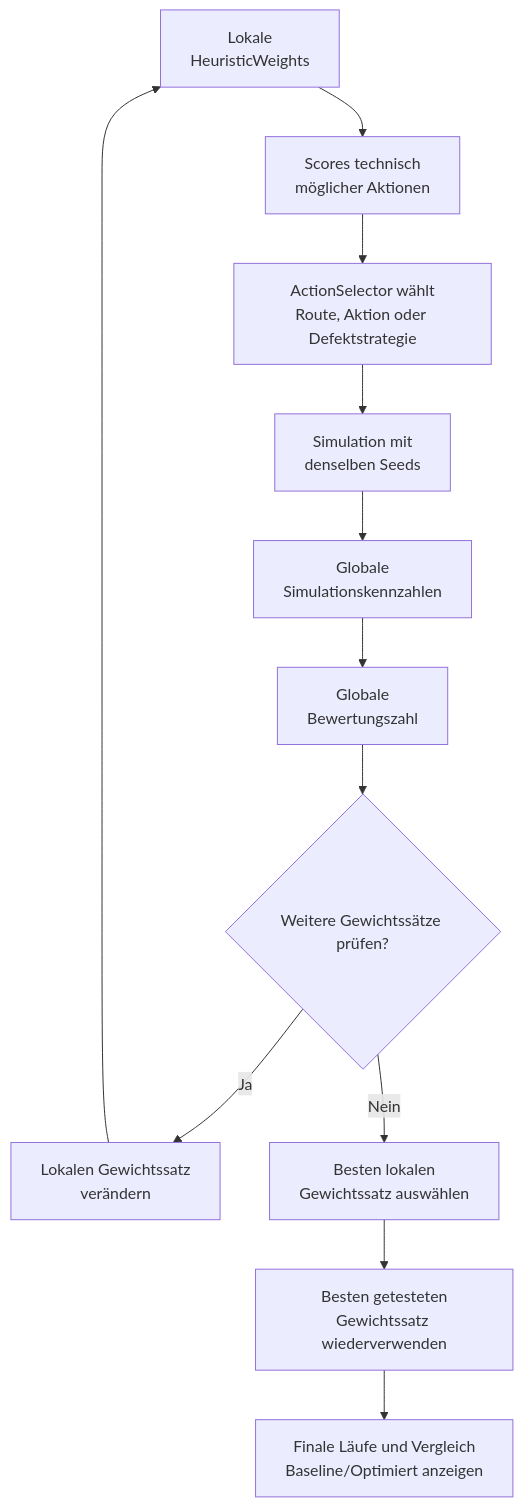
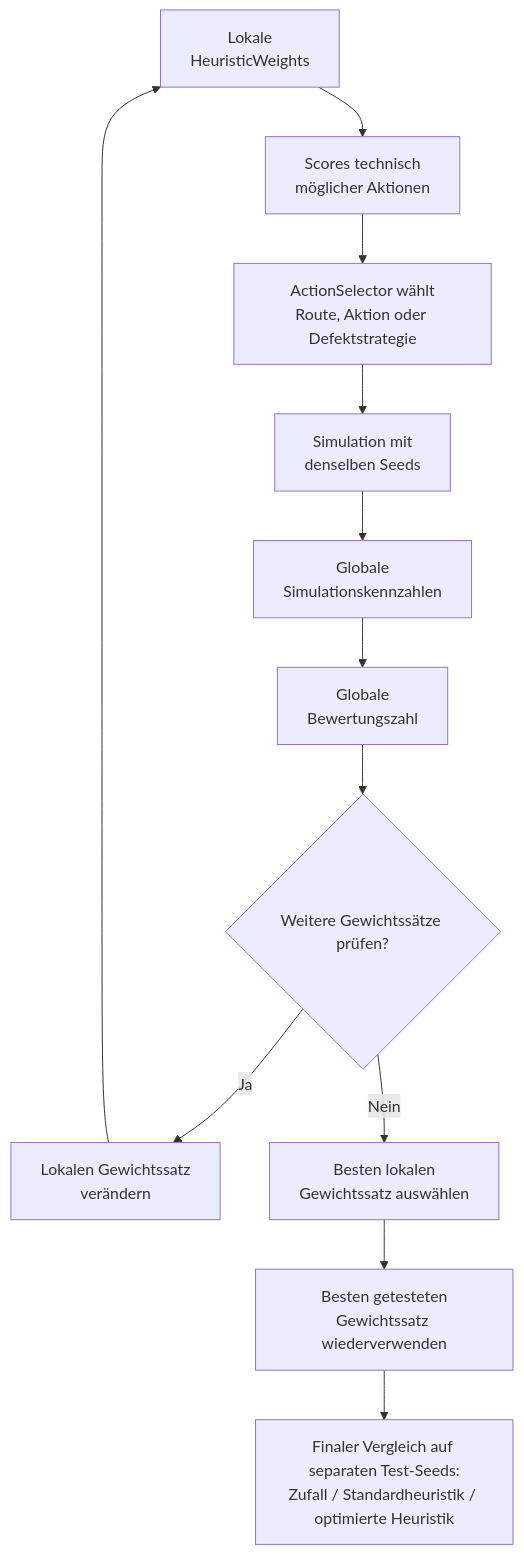
Diagram 13 of 15 in README.md (ghackenberg/SpineML), drawn with Mermaid before and after one commit. The commit also changed other lines of this file and 8 other files, not shown here.

````diff
--- a/README.md
+++ b/README.md
@@ -1992,14 +2039,14 @@
 ```mermaid
 flowchart TD
     A[Lokale<br/>HeuristicWeights] --> B[Scores technisch<br/>möglicher Aktionen]
     B --> C[ActionSelector wählt<br/>Route, Aktion oder Defektstrategie]
     C --> D[Simulation mit<br/>denselben Seeds]
     D --> E[Globale<br/>Simulationskennzahlen]
     E --> F[Globale<br/>Bewertungszahl]
     F --> G{Weitere Gewichtssätze prüfen?}
     G -- Ja --> H[Lokalen Gewichtssatz<br/>verändern]
     H --> A
     G -- Nein --> I[Besten lokalen<br/>Gewichtssatz auswählen]
     I --> J[Besten getesteten<br/>Gewichtssatz wiederverwenden]
-    J --> K[Finale Läufe und Vergleich<br/>Baseline/Optimiert anzeigen]
+    J --> K[Finaler Vergleich auf separaten Test-Seeds:<br/>Zufall / Standardheuristik / optimierte Heuristik]
 ```
````
